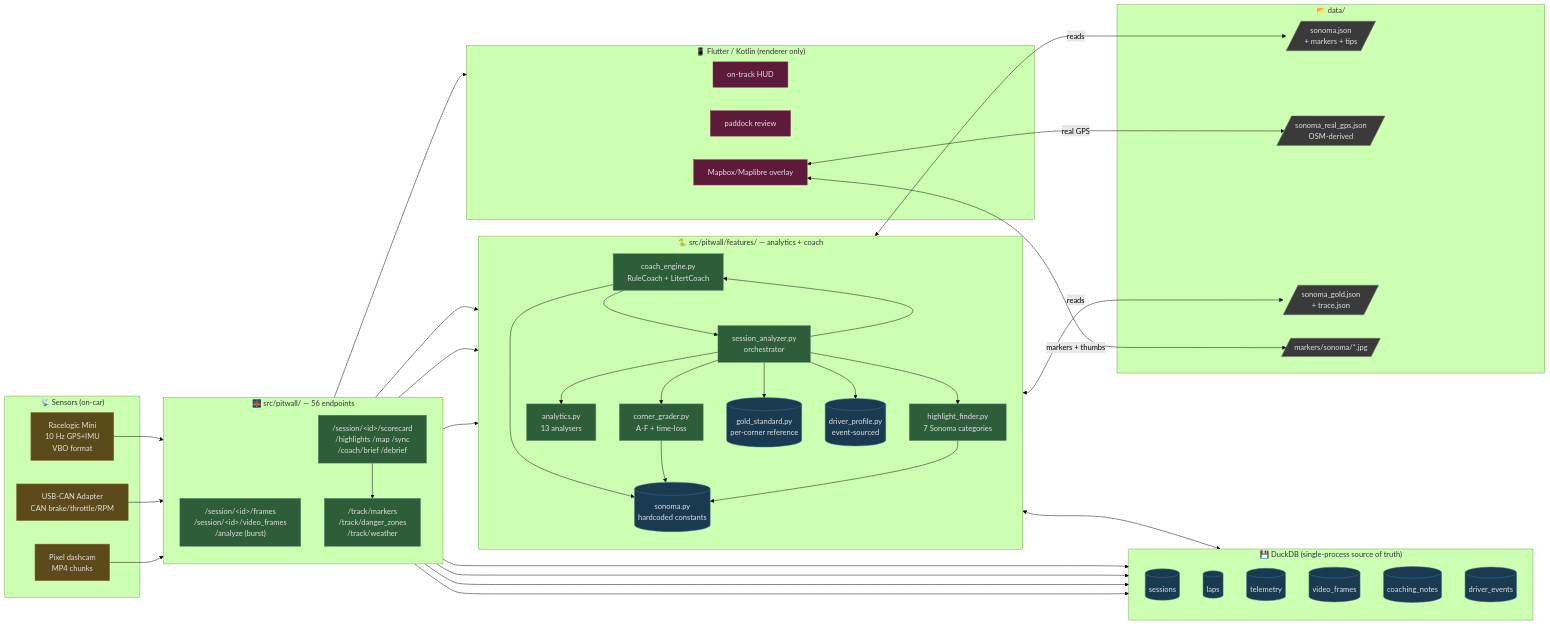
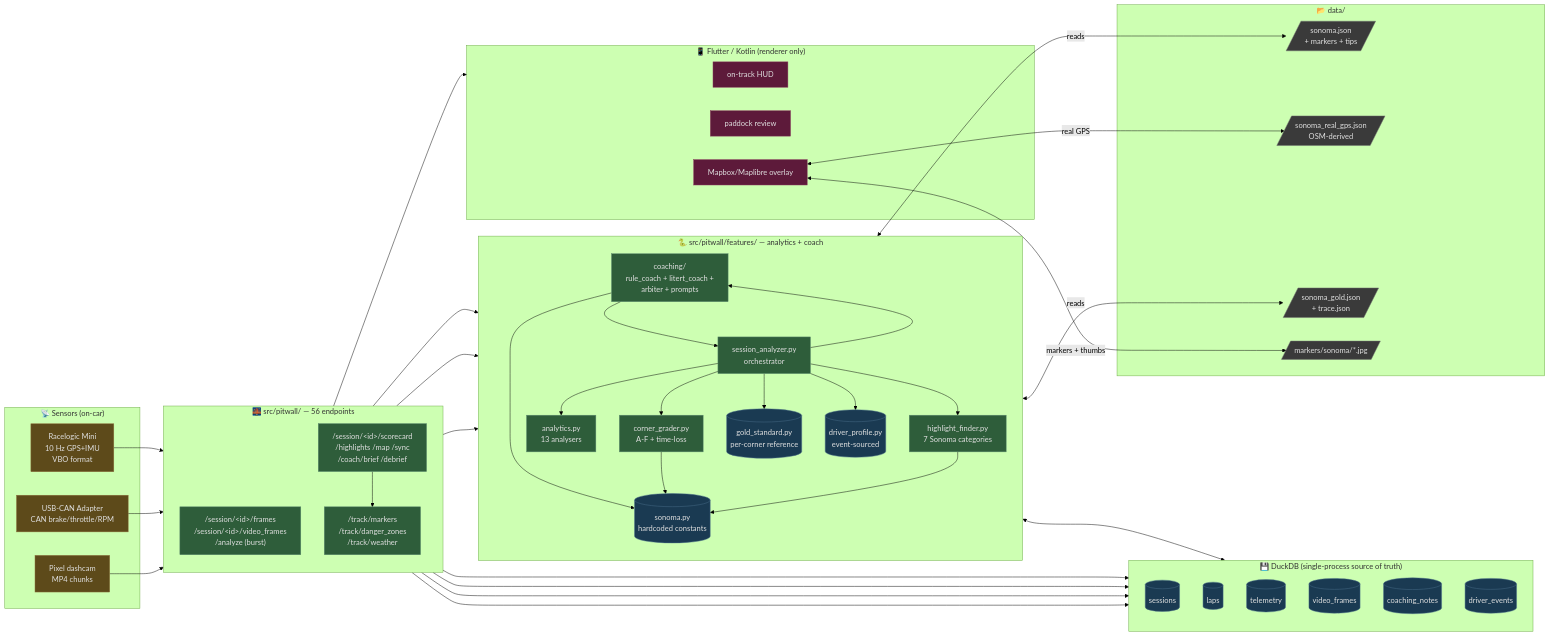
The first of 14 diagrams in docs/internal_architecture.md (mlnomadpy/pitwall), drawn with Mermaid (forest theme) before and after one commit. The commit also changed other lines of this file and 14 other files, not shown here.

````diff
--- a/docs/internal_architecture.md
+++ b/docs/internal_architecture.md
@@ -11,82 +11,82 @@
 ```mermaid
 flowchart LR
   subgraph SENSORS["📡 Sensors (on-car)"]
     RL[Racelogic Mini<br/>10 Hz GPS+IMU<br/>VBO format]
     OBD[USB-CAN Adapter<br/>CAN brake/throttle/RPM]
     CAM[Pixel dashcam<br/>MP4 chunks]
   end
 
   subgraph BRIDGE["🌉 src/pitwall/ — 56 endpoints"]
     direction TB
     INGEST["/session/&lt;id&gt;/frames<br/>/session/&lt;id&gt;/video_frames<br/>/analyze (burst)"]
     QUERY["/session/&lt;id&gt;/scorecard<br/>/highlights /map /sync<br/>/coach/brief /debrief"]
     META["/track/markers<br/>/track/danger_zones<br/>/track/weather"]
   end
 
   subgraph BACKEND["🐍 src/pitwall/features/ — analytics + coach"]
     direction TB
     SONOMA[(sonoma.py<br/>hardcoded constants)]
     GRADER[corner_grader.py<br/>A-F + time-loss]
     ANALYTICS[analytics.py<br/>13 analysers]
     HIGHLIGHTER[highlight_finder.py<br/>7 Sonoma categories]
     ANALYZER[session_analyzer.py<br/>orchestrator]
-    COACH[coach_engine.py<br/>RuleCoach + LitertCoach]
+    COACH[coaching/<br/>rule_coach + litert_coach +<br/>arbiter + prompts]
     GOLD[(gold_standard.py<br/>per-corner reference)]
     PROFILE[(driver_profile.py<br/>event-sourced)]
   end
 
   subgraph STORE["💾 DuckDB (single-process source of truth)"]
     direction TB
     T_SESSIONS[(sessions)]
     T_LAPS[(laps)]
     T_FRAMES[(telemetry)]
     T_VIDEO[(video_frames)]
     T_NOTES[(coaching_notes)]
     T_EVENTS[(driver_events)]
   end
 
   subgraph FRONTEND["📱 Flutter / Kotlin (renderer only)"]
     HUD[on-track HUD]
     PADDOCK[paddock review]
     MAP[Mapbox/Maplibre overlay]
   end
 
   subgraph DATA["📂 data/"]
     TRACK_JSON[/sonoma.json<br/>+ markers + tips/]
     REAL_GPS[/sonoma_real_gps.json<br/>OSM-derived/]
     GOLD_REF[/sonoma_gold.json<br/>+ trace.json/]
     THUMBS[/markers/sonoma/*.jpg/]
   end
 
   RL --> INGEST
   OBD --> INGEST
   CAM --> INGEST
   INGEST --> T_FRAMES & T_VIDEO & T_NOTES & T_LAPS
   INGEST --> COACH
   COACH --> SONOMA
   COACH --> ANALYZER
   ANALYZER --> GRADER & ANALYTICS & HIGHLIGHTER & GOLD & PROFILE
   ANALYZER --> COACH
   GRADER --> SONOMA
   HIGHLIGHTER --> SONOMA
   PROFILE <--> T_EVENTS
   GOLD <-- reads --> GOLD_REF
   SONOMA <-- reads --> TRACK_JSON
   QUERY --> ANALYZER
   QUERY --> META
   META --> SONOMA
   QUERY --> FRONTEND
   MAP <-- real GPS --> REAL_GPS
   MAP <-- markers + thumbs --> THUMBS
 
   classDef store fill:#1a3a52,stroke:#4a6e8a,color:#e0e0e0
   classDef code fill:#2e5d3a,stroke:#5a8a6e,color:#e0e0e0
   classDef sensor fill:#5d4a1a,stroke:#8a6e3a,color:#e0e0e0
   classDef ui fill:#5d1a3a,stroke:#8a3a5e,color:#e0e0e0
   classDef data fill:#3a3a3a,stroke:#6e6e6e,color:#e0e0e0
   class T_SESSIONS,T_LAPS,T_FRAMES,T_VIDEO,T_NOTES,T_EVENTS,SONOMA,GOLD,PROFILE store
   class GRADER,ANALYTICS,HIGHLIGHTER,ANALYZER,COACH,INGEST,QUERY,META code
   class RL,OBD,CAM sensor
   class HUD,PADDOCK,MAP ui
   class TRACK_JSON,REAL_GPS,GOLD_REF,THUMBS data
 ```
````
